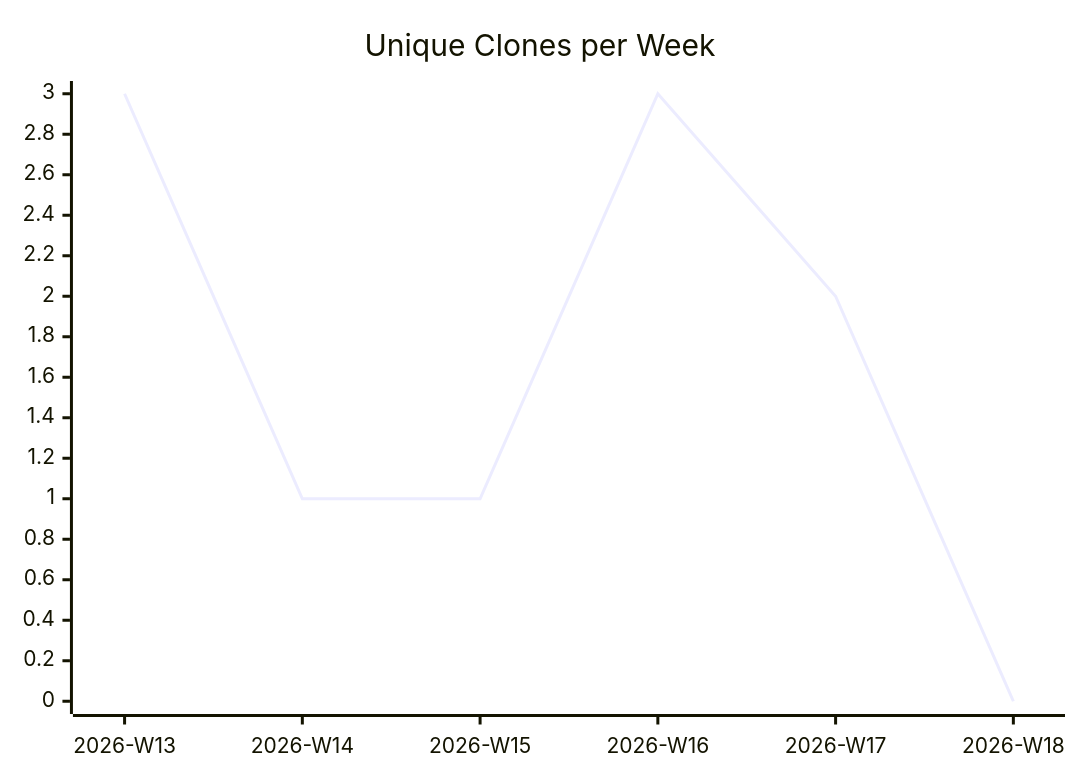
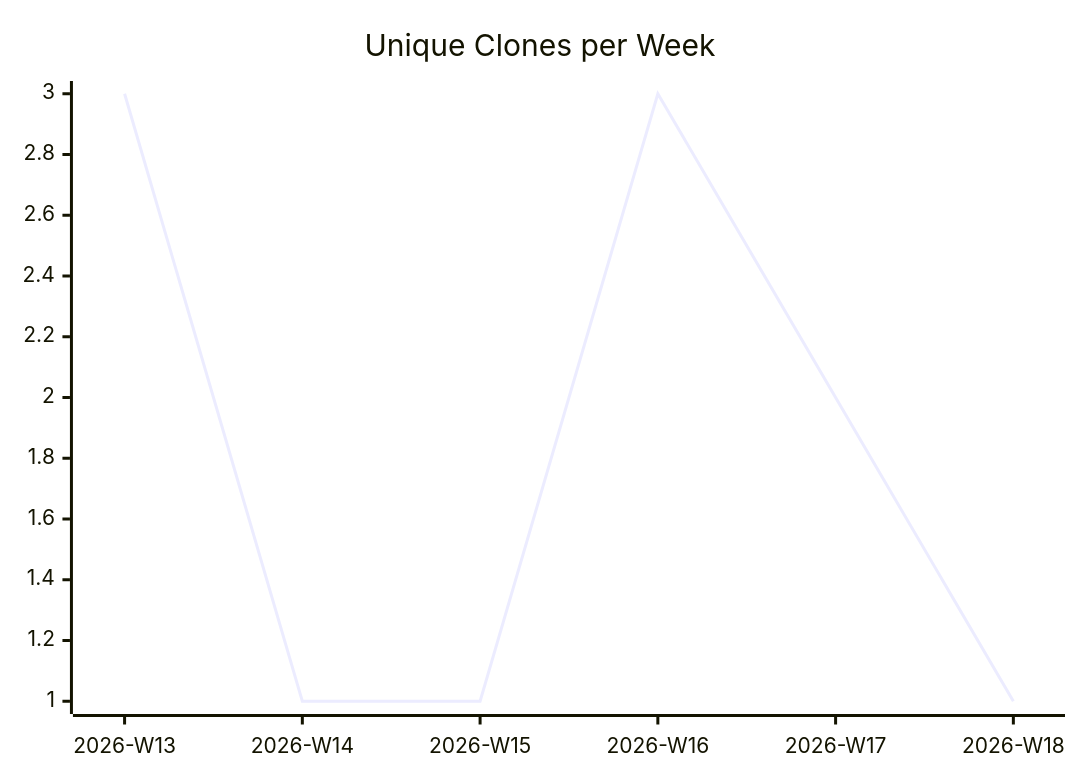
Before and after one commit to justdavis-family/github-analytics-data: the third of 3 diagrams in karlmdavis/perfect-note/README.md, drawn with Mermaid. The commit also changed other lines of this file and 184 other files, not shown here.

````diff
--- a/karlmdavis/perfect-note/README.md
+++ b/karlmdavis/perfect-note/README.md
@@ -19,6 +19,6 @@
 ```mermaid
 xychart-beta
   title "Unique Clones per Week"
   x-axis ["2026-W13", "2026-W14", "2026-W15", "2026-W16", "2026-W17", "2026-W18"]
-  line [3, 1, 1, 3, 2, 0]
+  line [3, 1, 1, 3, 2, 1]
 ```
````
